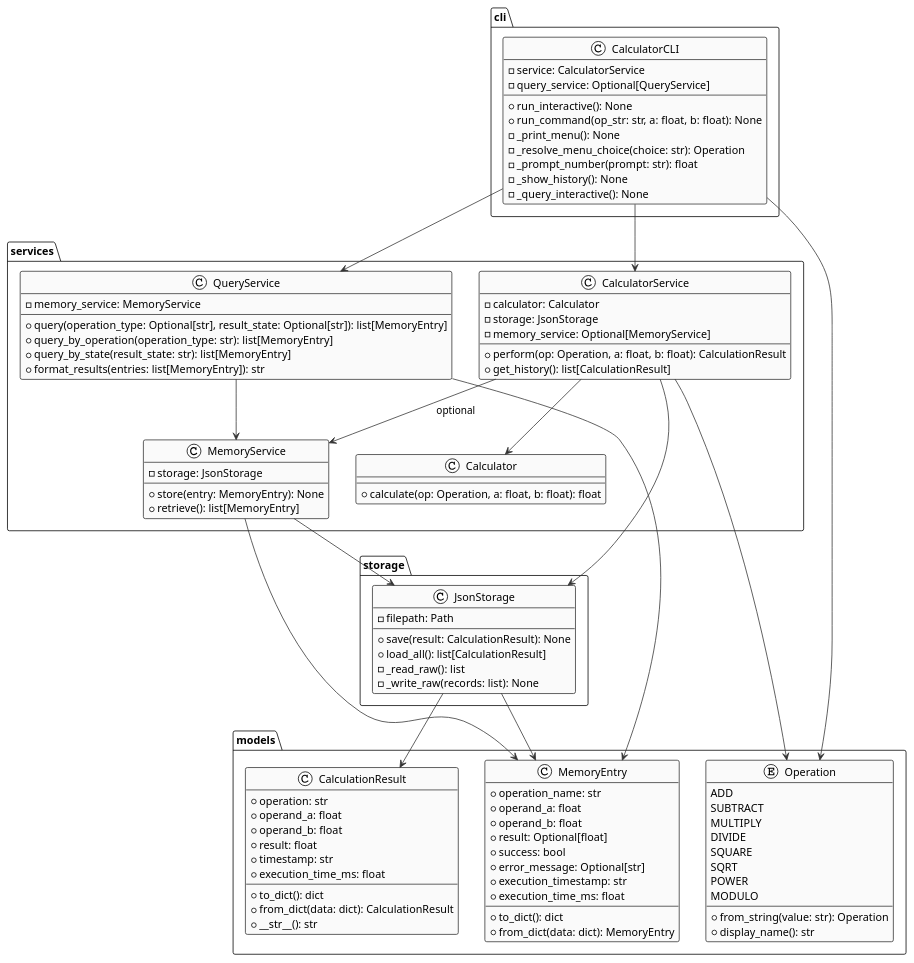
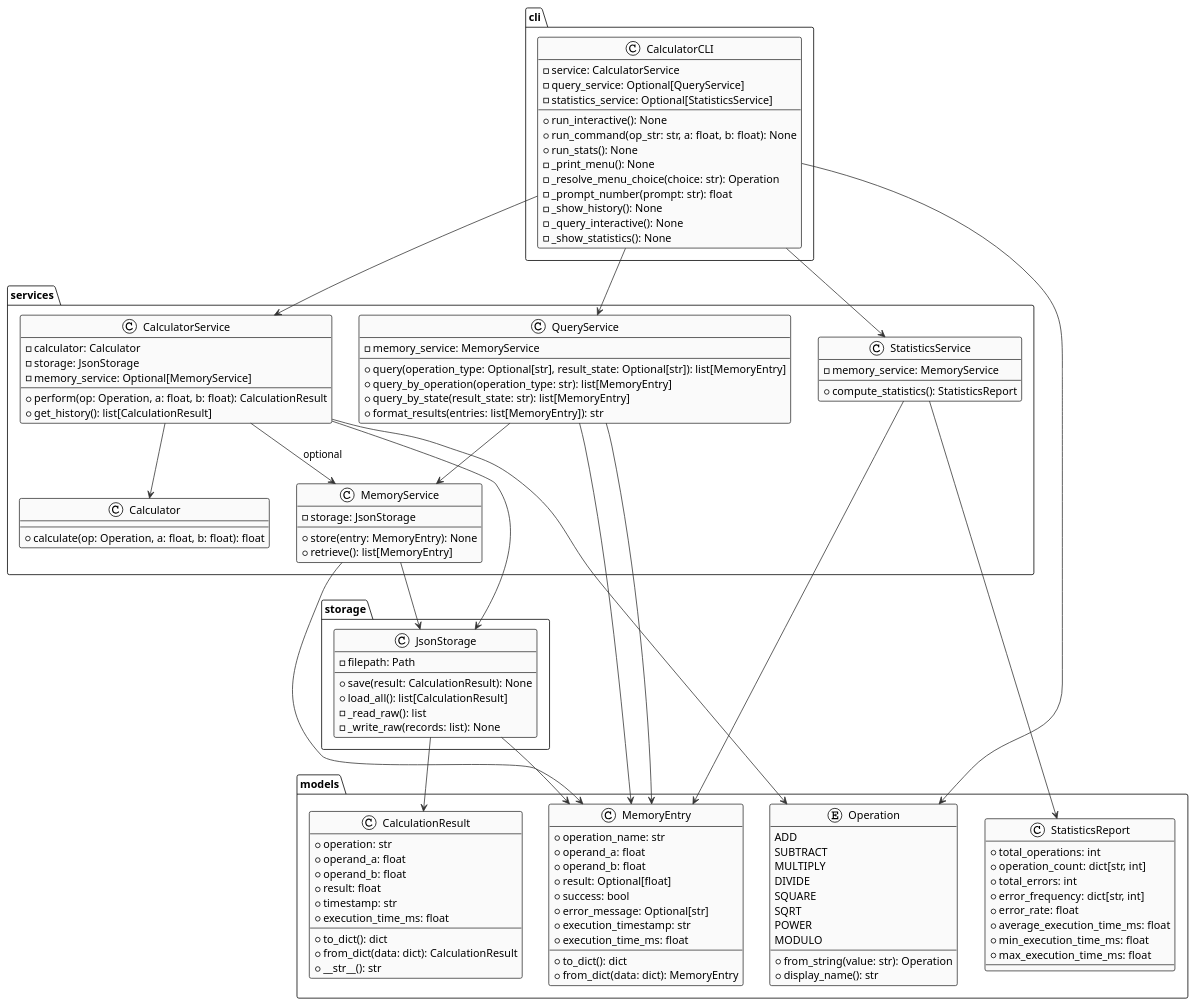
Before and after one commit to DanielRiha8906/Software_autoevolution_using_agents: the diagram in experiments/broadcast/structured_text/calculator/artifacts/class_diagram.puml, drawn with PlantUML. The commit also changed 14 other files, not shown here.

```diff
--- a/experiments/broadcast/structured_text/calculator/artifacts/class_diagram.puml
+++ b/experiments/broadcast/structured_text/calculator/artifacts/class_diagram.puml
@@ -1,127 +1,152 @@
 @startuml
 !theme plain
 skinparam classBackgroundColor #FAFAFA
 skinparam classBorderColor #333333
 skinparam arrowColor #333333
 skinparam fontName Courier
 
 package "models" {
   enum Operation {
     ADD
     SUBTRACT
     MULTIPLY
     DIVIDE
     SQUARE
     SQRT
     POWER
     MODULO
     --
     +from_string(value: str): Operation
     +display_name(): str
   }
 
   class CalculationResult {
     +operation: str
     +operand_a: float
     +operand_b: float
     +result: float
     +timestamp: str
     +execution_time_ms: float
     --
     +to_dict(): dict
     +from_dict(data: dict): CalculationResult
     +__str__(): str
   }
 
   class MemoryEntry {
     +operation_name: str
     +operand_a: float
     +operand_b: float
     +result: Optional[float]
     +success: bool
     +error_message: Optional[str]
     +execution_timestamp: str
     +execution_time_ms: float
     --
     +to_dict(): dict
     +from_dict(data: dict): MemoryEntry
   }
+
+  class StatisticsReport {
+    +total_operations: int
+    +operation_count: dict[str, int]
+    +total_errors: int
+    +error_frequency: dict[str, int]
+    +error_rate: float
+    +average_execution_time_ms: float
+    +min_execution_time_ms: float
+    +max_execution_time_ms: float
+  }
 }
 
 package "services" {
   class Calculator {
     +calculate(op: Operation, a: float, b: float): float
   }
 
   class CalculatorService {
     -calculator: Calculator
     -storage: JsonStorage
     -memory_service: Optional[MemoryService]
     --
     +perform(op: Operation, a: float, b: float): CalculationResult
     +get_history(): list[CalculationResult]
   }
 
   class MemoryService {
     -storage: JsonStorage
     --
     +store(entry: MemoryEntry): None
     +retrieve(): list[MemoryEntry]
   }
 
   class QueryService {
     -memory_service: MemoryService
     --
     +query(operation_type: Optional[str], result_state: Optional[str]): list[MemoryEntry]
     +query_by_operation(operation_type: str): list[MemoryEntry]
     +query_by_state(result_state: str): list[MemoryEntry]
     +format_results(entries: list[MemoryEntry]): str
   }
+
+  class StatisticsService {
+    -memory_service: MemoryService
+    --
+    +compute_statistics(): StatisticsReport
+  }
 }
 
 package "storage" {
   class JsonStorage {
     -filepath: Path
     --
     +save(result: CalculationResult): None
     +load_all(): list[CalculationResult]
     -_read_raw(): list
     -_write_raw(records: list): None
   }
 }
 
 package "cli" {
   class CalculatorCLI {
     -service: CalculatorService
     -query_service: Optional[QueryService]
+    -statistics_service: Optional[StatisticsService]
     --
     +run_interactive(): None
     +run_command(op_str: str, a: float, b: float): None
+    +run_stats(): None
     -_print_menu(): None
     -_resolve_menu_choice(choice: str): Operation
     -_prompt_number(prompt: str): float
     -_show_history(): None
     -_query_interactive(): None
+    -_show_statistics(): None
   }
 }
 
 ' Relationships
 CalculatorService --> Calculator
 CalculatorService --> JsonStorage
 CalculatorService --> Operation
 CalculatorService --> MemoryService : optional
 
 MemoryService --> JsonStorage
 MemoryService --> MemoryEntry
 
 QueryService --> MemoryService
 QueryService --> MemoryEntry
 
 CalculatorCLI --> CalculatorService
 CalculatorCLI --> QueryService
+CalculatorCLI --> StatisticsService
 CalculatorCLI --> Operation
+
+QueryService --> MemoryEntry
+StatisticsService --> MemoryEntry
+StatisticsService --> StatisticsReport
 
 JsonStorage --> CalculationResult
 JsonStorage --> MemoryEntry
 
 @enduml
```
